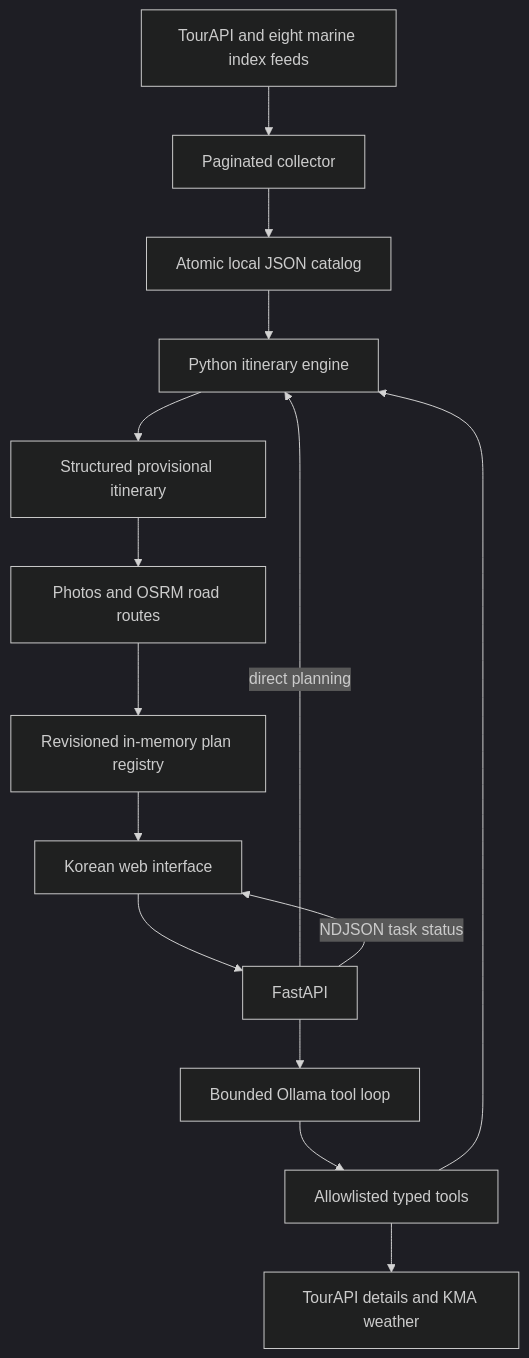
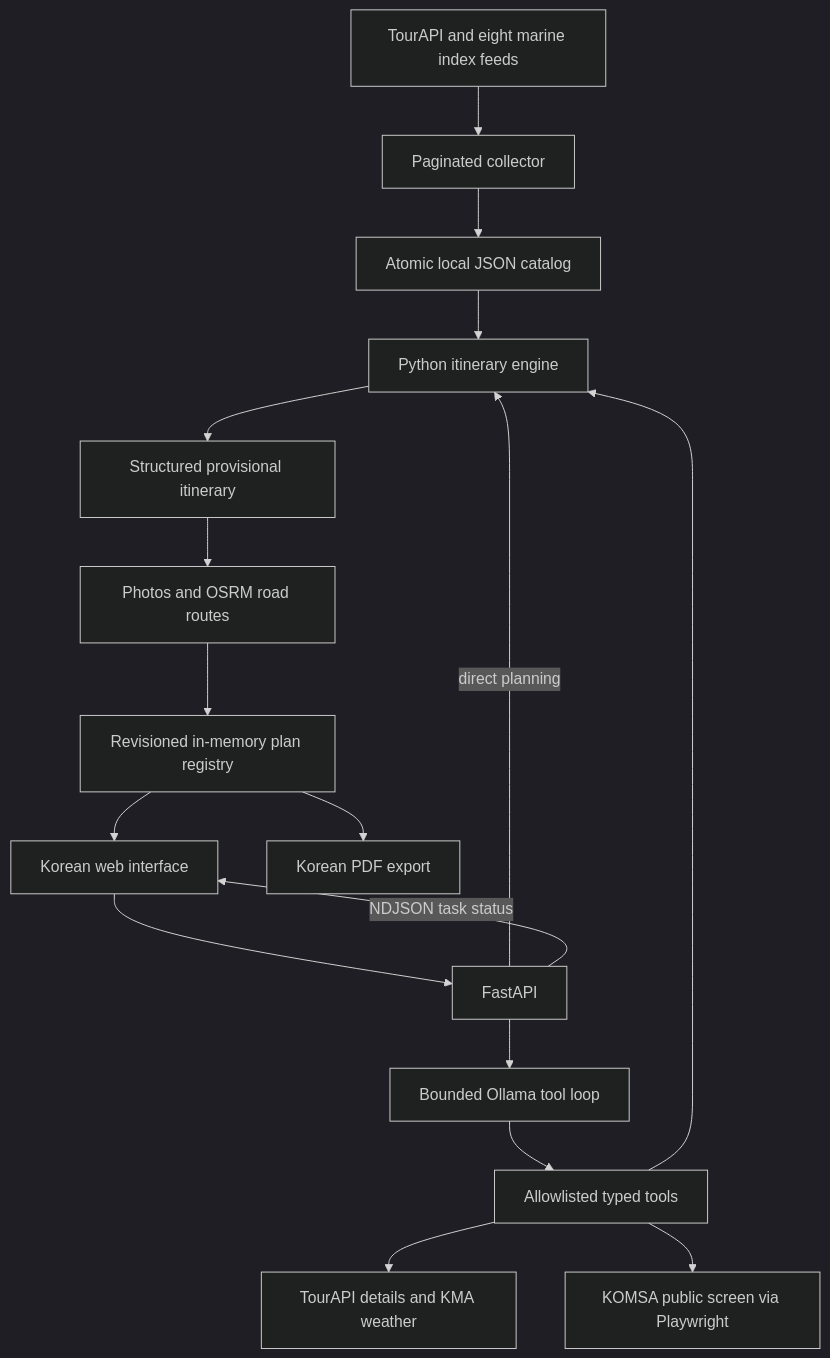
One commit to fortranmentis/marine-travel-AI-agent changed the diagram in README.md. Above: the diagram before and after it, drawn with Mermaid (dark theme). The commit also changed other lines of this file and 38 other files, not shown here.

````diff
--- a/README.md
+++ b/README.md
@@ -98,17 +110,19 @@
 ```mermaid
 flowchart TD
     Sources[TourAPI and eight marine index feeds] --> Sync[Paginated collector]
     Sync --> Catalog[Atomic local JSON catalog]
     UI[Korean web interface] --> API[FastAPI]
     API --> Agent[Bounded Ollama tool loop]
     Agent --> Tools[Allowlisted typed tools]
     Tools --> Planner[Python itinerary engine]
     Tools --> Detail[TourAPI details and KMA weather]
     Catalog --> Planner
     API -->|direct planning| Planner
     Planner --> Plan[Structured provisional itinerary]
     Plan --> Enrich[Photos and OSRM road routes]
     Enrich --> Store[Revisioned in-memory plan registry]
     Store --> UI
+    Store --> PDF[Korean PDF export]
+    Tools --> Ferry[KOMSA public screen via Playwright]
     API -->|NDJSON task status| UI
 ```
````
